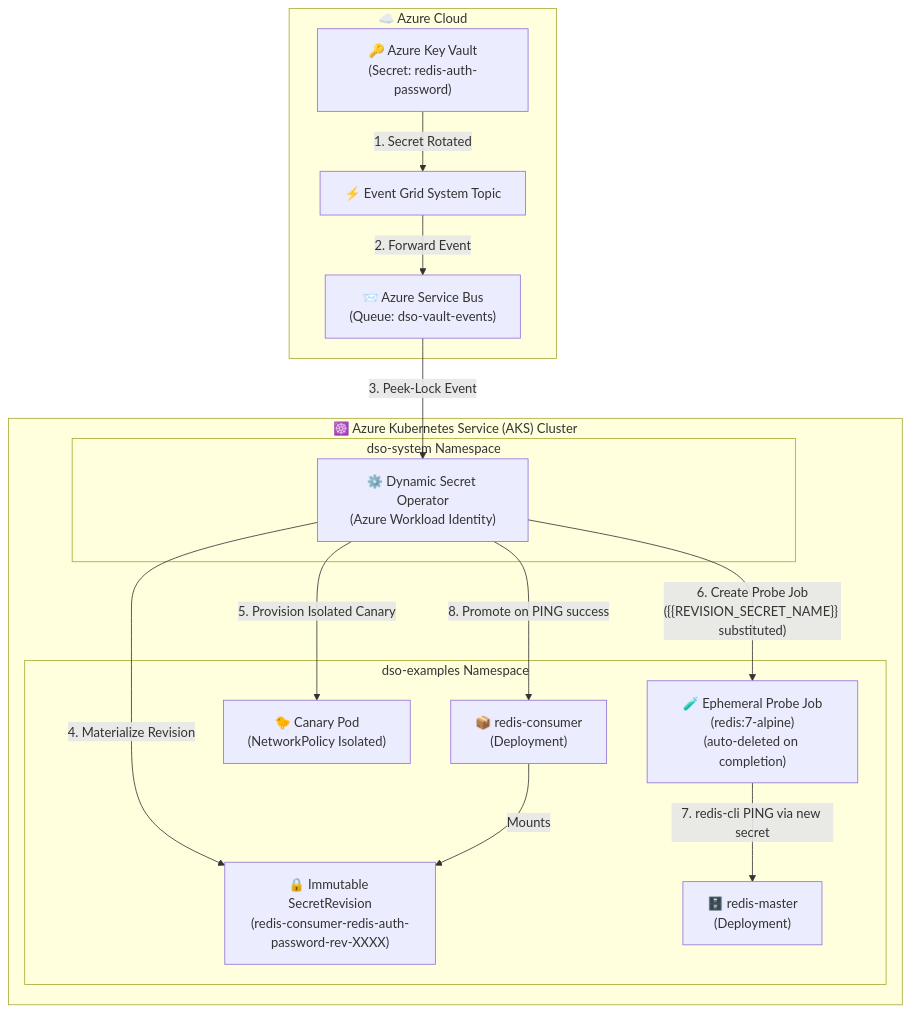
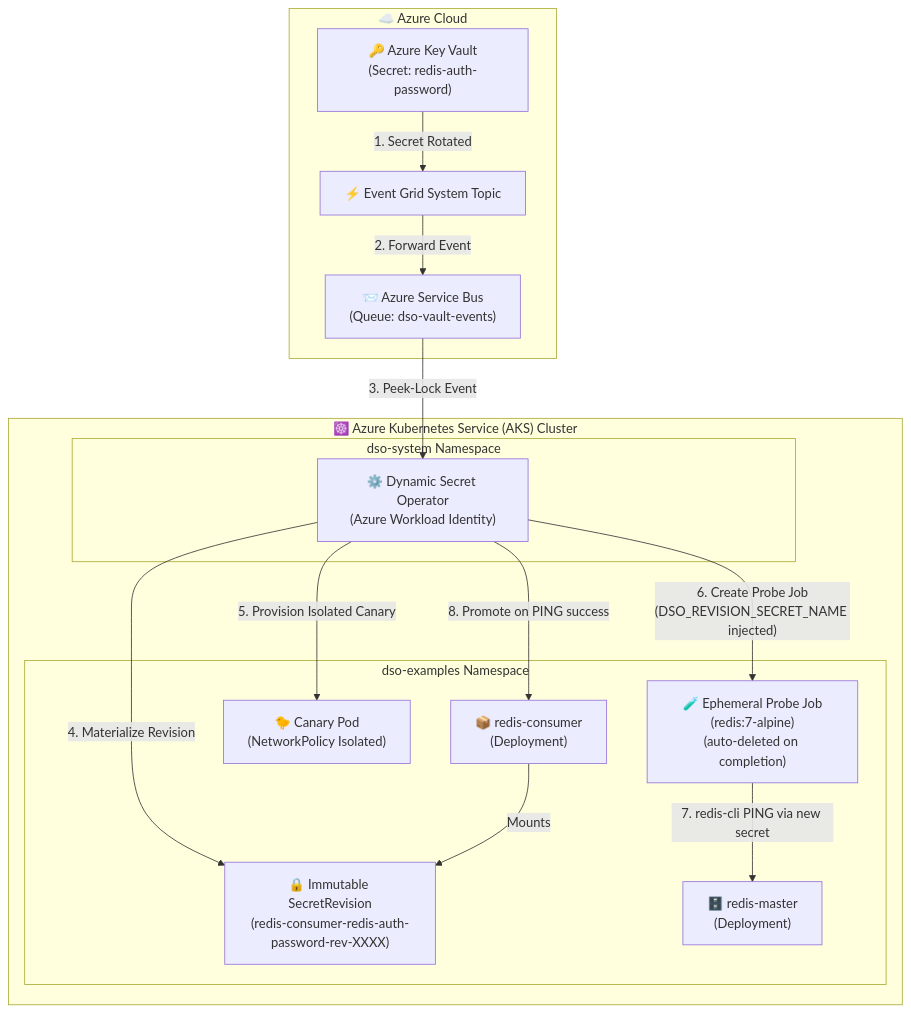
Before and after one commit to quantumsys-dev/dynamic-secret-operator: the diagram in examples/aks/job-based-redis-probe/README.md, drawn with Mermaid. The commit also changed other lines of this file and 7 other files, not shown here.

Commit message:
docs(probes): update Job probe manifests to use standard DSO_REVISION_SECRET_NAME syntax

````diff
--- a/examples/aks/job-based-redis-probe/README.md
+++ b/examples/aks/job-based-redis-probe/README.md
@@ -11,32 +11,32 @@
 ```mermaid
 flowchart TD
     subgraph AzureCloud ["☁️ Azure Cloud"]
         AKV["🔑 Azure Key Vault\n(Secret: redis-auth-password)"]
         EG["⚡ Event Grid System Topic"]
         ASB["📨 Azure Service Bus\n(Queue: dso-vault-events)"]
     end
 
     subgraph AKS ["☸️ Azure Kubernetes Service (AKS) Cluster"]
         subgraph DSOSystem ["dso-system Namespace"]
             DSO["⚙️ Dynamic Secret Operator\n(Azure Workload Identity)"]
         end
 
         subgraph ProductionNS ["dso-examples Namespace"]
             SEC["🔒 Immutable SecretRevision\n(redis-consumer-redis-auth-password-rev-XXXX)"]
             REDIS["🗄️ redis-master\n(Deployment)"]
             APP["📦 redis-consumer\n(Deployment)"]
             CANARY["🐤 Canary Pod\n(NetworkPolicy Isolated)"]
             JOB["🧪 Ephemeral Probe Job\n(redis:7-alpine)\n(auto-deleted on completion)"]
         end
     end
 
     AKV -->|"1. Secret Rotated"| EG
     EG -->|"2. Forward Event"| ASB
     ASB -->|"3. Peek-Lock Event"| DSO
     DSO -->|"4. Materialize Revision"| SEC
     DSO -->|"5. Provision Isolated Canary"| CANARY
-    DSO -->|"6. Create Probe Job\n({{REVISION_SECRET_NAME}} substituted)"| JOB
+    DSO -->|"6. Create Probe Job\n(DSO_REVISION_SECRET_NAME injected)"| JOB
     JOB -->|"7. redis-cli PING via new secret"| REDIS
     DSO -->|"8. Promote on PING success"| APP
     APP -->|"Mounts"| SEC
 ```
````
